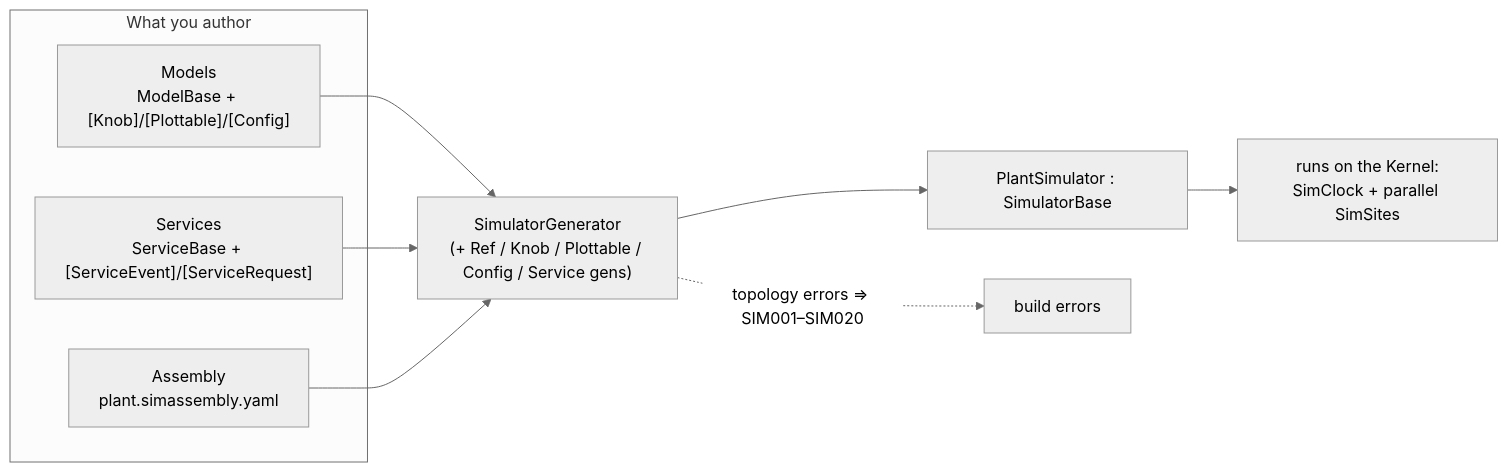
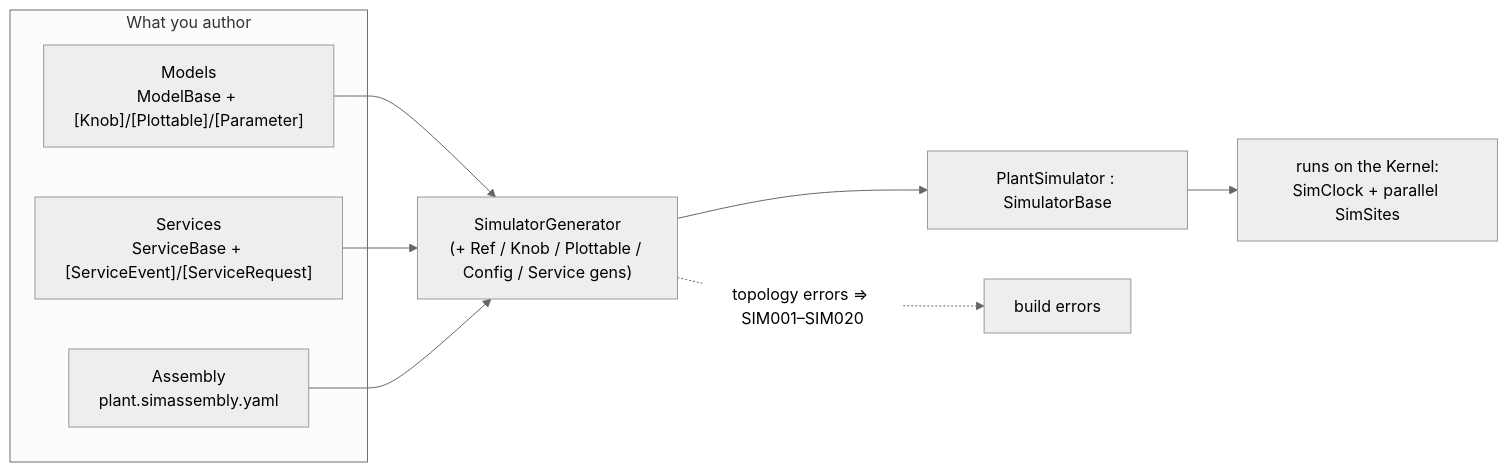
The first of 2 diagrams in public/content/authoring-model.md (SimulaSharp-org/simulasharp-docs), drawn with Mermaid (neutral theme) before and after one commit. The commit also changed other lines of this file and 28 other files, not shown here.

````diff
--- a/public/content/authoring-model.md
+++ b/public/content/authoring-model.md
@@ -16,14 +16,14 @@
 ```mermaid
 flowchart LR
   subgraph AUTHOR["What you author"]
-    M["Models<br/>ModelBase + [Knob]/[Plottable]/[Config]"]
+    M["Models<br/>ModelBase + [Knob]/[Plottable]/[Parameter]"]
     S["Services<br/>ServiceBase + [ServiceEvent]/[ServiceRequest]"]
     Y["Assembly<br/>plant.simassembly.yaml"]
   end
   M --> GEN
   S --> GEN
   Y --> GEN
   GEN["SimulatorGenerator<br/>(+ Ref / Knob / Plottable / Config / Service gens)"] --> SIM["PlantSimulator : SimulatorBase"]
   GEN -.->|"topology errors ⇒ SIM001–SIM020"| ERR["build errors"]
   SIM --> RUN["runs on the Kernel:<br/>SimClock + parallel SimSites"]
 ```
````
